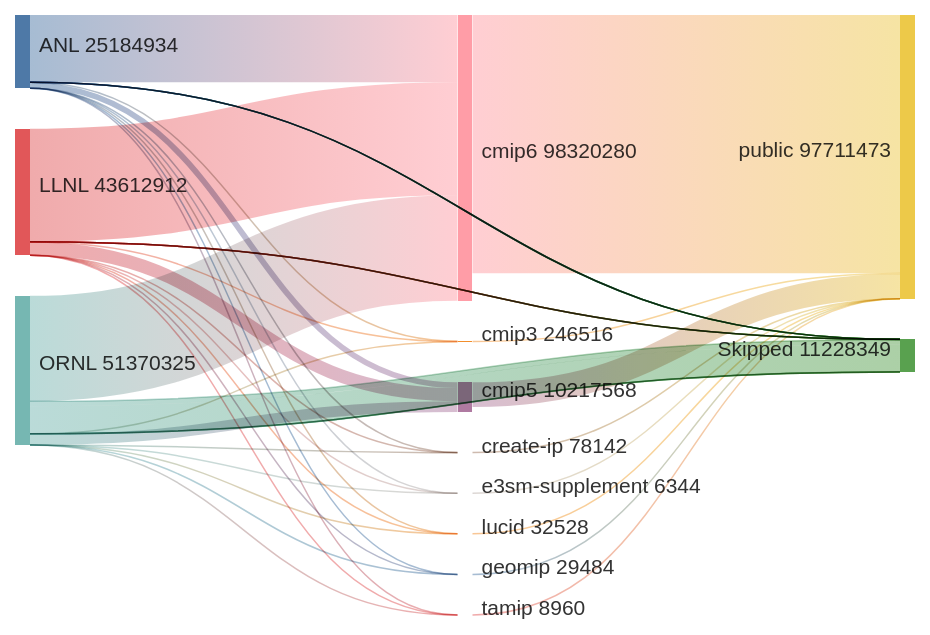
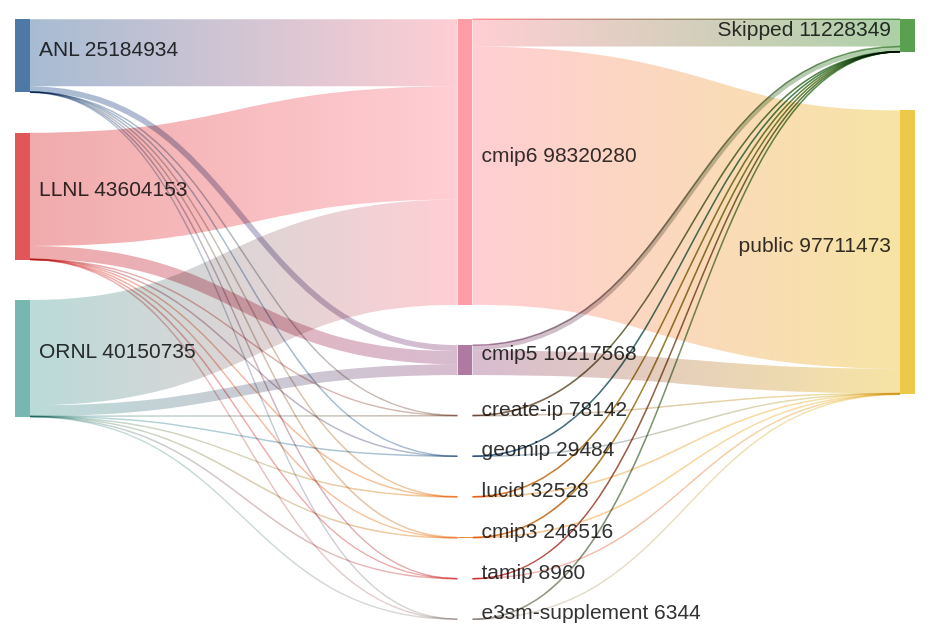
One commit to minxu74/metadata_docs changed the diagram in docs/Migration/jsons/sankey_project_files.md. Above: the diagram before and after it, drawn with Mermaid. The commit also changed 7 other files, not shown here.

```diff
--- a/docs/Migration/jsons/sankey_project_files.md
+++ b/docs/Migration/jsons/sankey_project_files.md
@@ -5,9 +5,9 @@
 LLNL,cmip3,82172
 ORNL,cmip3,82172
 
-ANL, Skipped,0
-LLNL,Skipped,0
-ORNL,Skipped,0
+cmip3,Skipped,0
+cmip3,Skipped,0
+cmip3,Skipped,0
 
 cmip3,public,246516
 
@@ -15,9 +15,9 @@
 LLNL,cmip5,4522442
 ORNL,cmip5,3711854
 
-ANL, Skipped,0
-LLNL,Skipped,0
-ORNL,Skipped,1710500
+cmip5,Skipped,0
+cmip5,Skipped,0
+cmip5,Skipped,1710500
 
 cmip5,public,8507068
 
@@ -25,9 +25,9 @@
 LLNL,cmip6,38921810
 ORNL,cmip6,36278980
 
-ANL, Skipped,0
-LLNL,Skipped,8759
-ORNL,Skipped,9434533
+cmip6,Skipped,0
+cmip6,Skipped,8759
+cmip6,Skipped,9434533
 
 cmip6,public,88876988
 
@@ -35,9 +35,9 @@
 LLNL,create-ip,39071
 ORNL,create-ip,39071
 
-ANL, Skipped,0
-LLNL,Skipped,0
-ORNL,Skipped,39071
+create-ip,Skipped,0
+create-ip,Skipped,0
+create-ip,Skipped,39071
 
 create-ip,public,39071
 
@@ -45,9 +45,9 @@
 LLNL,e3sm-supplement,3172
 ORNL,e3sm-supplement,3172
 
-ANL, Skipped,0
-LLNL,Skipped,0
-ORNL,Skipped,0
+e3sm-supplement,Skipped,0
+e3sm-supplement,Skipped,0
+e3sm-supplement,Skipped,0
 
 e3sm-supplement,public,6344
 
@@ -55,9 +55,9 @@
 LLNL,geomip,14742
 ORNL,geomip,14742
 
-ANL, Skipped,0
-LLNL,Skipped,0
-ORNL,Skipped,14742
+geomip,Skipped,0
+geomip,Skipped,0
+geomip,Skipped,14742
 
 geomip,public,14742
 
@@ -65,9 +65,9 @@
 LLNL,lucid,16264
 ORNL,lucid,16264
 
-ANL, Skipped,0
-LLNL,Skipped,0
-ORNL,Skipped,16264
+lucid,Skipped,0
+lucid,Skipped,0
+lucid,Skipped,16264
 
 lucid,public,16264
 
@@ -75,9 +75,9 @@
 LLNL,tamip,4480
 ORNL,tamip,4480
 
-ANL, Skipped,0
-LLNL,Skipped,0
-ORNL,Skipped,4480
+tamip,Skipped,0
+tamip,Skipped,0
+tamip,Skipped,4480
 
 tamip,public,4480
 
```
